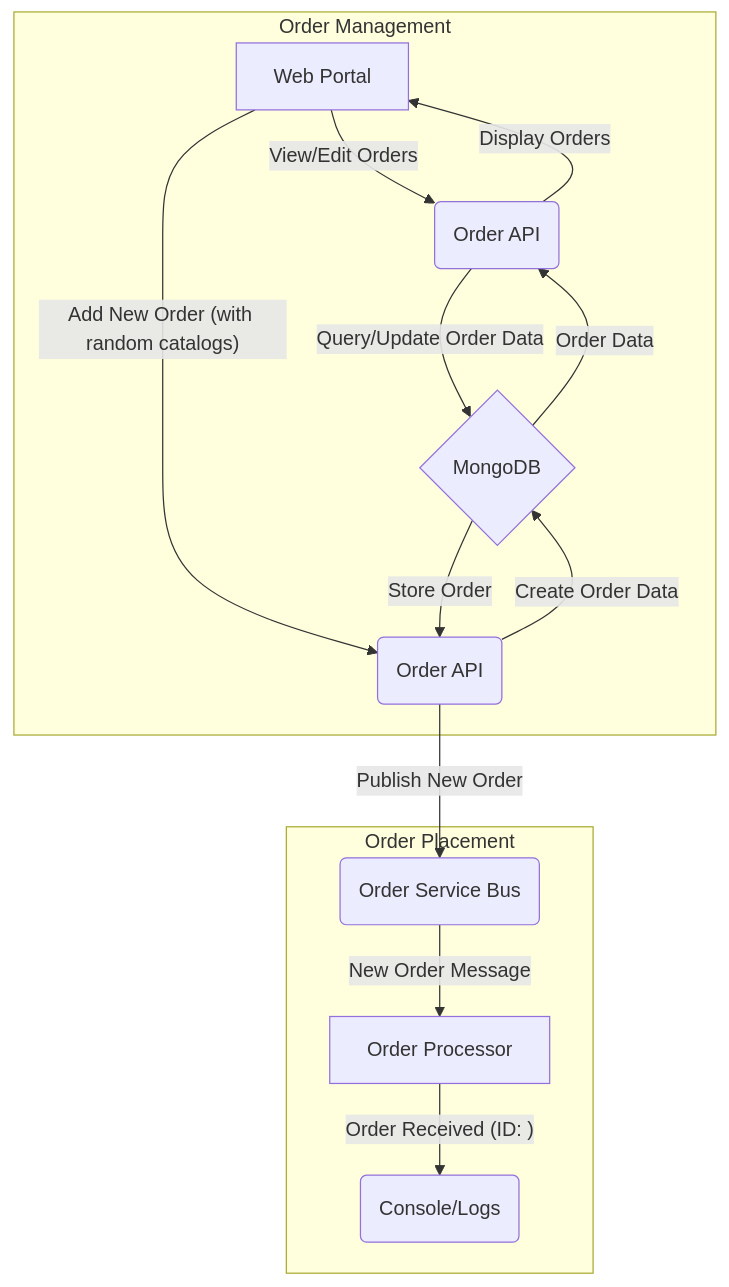
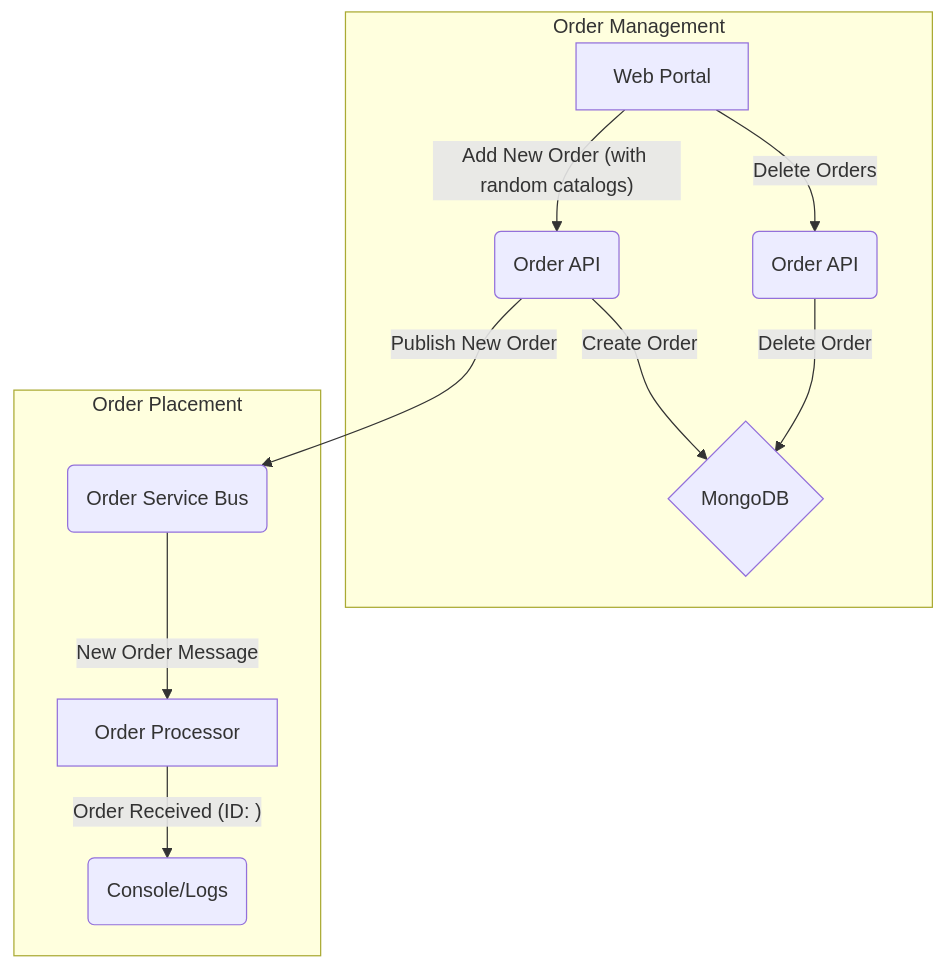
The diagram in docs/order.crud.mermaid (codeygrove-learning-repo/CursorFirstImpression), drawn with Mermaid before and after one commit. The commit also changed 2 other files, not shown here.

Commit message:
update mermaid chart

```diff
--- a/docs/order.crud.mermaid
+++ b/docs/order.crud.mermaid
@@ -1,16 +1,13 @@
 graph TD
     subgraph Order Management
-        A[Web Portal] -- View/Edit Orders --> B(Order API)
-        B -- Query/Update Order Data --> C{MongoDB}
-        C -- Order Data --> B
-        B -- Display Orders --> A
+        A[Web Portal] -- Delete Orders --> B(Order API)
+        B -- Delete Order --> C{MongoDB}        
         A -- Add New Order (with random catalogs) --> D(Order API)
-        D -- Create Order Data --> C
-        C -- Store Order --> D
+        D -- Create Order --> C
     end
 
     subgraph Order Placement
         D -- Publish New Order --> E(Order Service Bus)
         E -- New Order Message --> F[Order Processor]
         F -- "Order Received (ID: <order_id>)" --> G(Console/Logs)
     end
```
